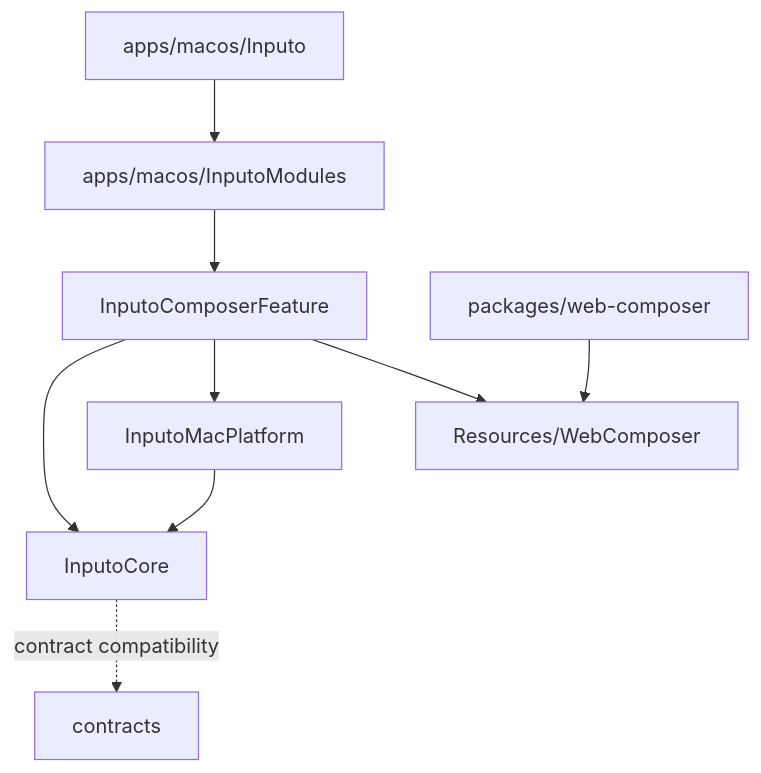
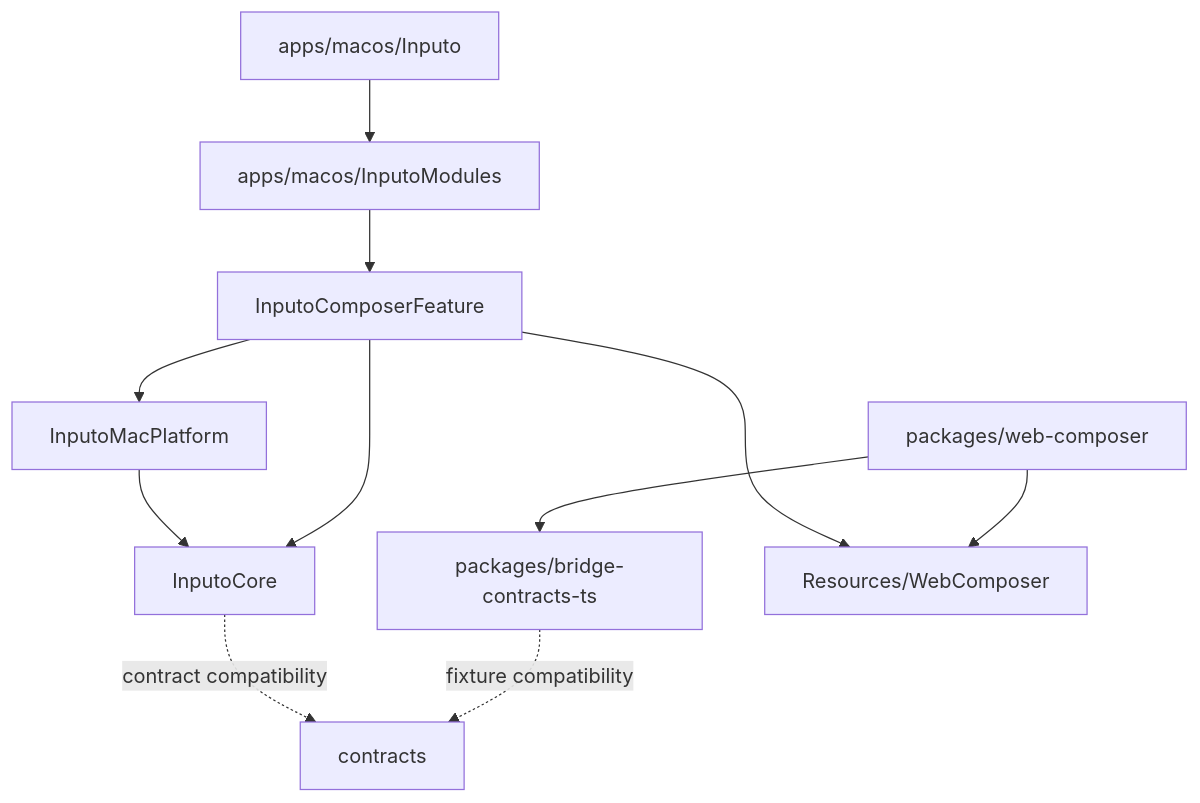
Before and after one commit to wnbotoo/Inputo: the diagram in docs/PROJECT_STRUCTURE.md, drawn with Mermaid. The commit also changed other lines of this file and 27 other files, not shown here.

````diff
--- a/docs/PROJECT_STRUCTURE.md
+++ b/docs/PROJECT_STRUCTURE.md
@@ -42,20 +42,23 @@
 ```mermaid
 flowchart TD
   macapp["apps/macos/Inputo"]
   modules["apps/macos/InputoModules"]
   feature["InputoComposerFeature"]
   core["InputoCore"]
   macplatform["InputoMacPlatform"]
   webpkg["packages/web-composer"]
+  bridgepkg["packages/bridge-contracts-ts"]
   assets["Resources/WebComposer"]
   contracts["contracts"]
 
   macapp --> modules
   modules --> feature
   feature --> core
   feature --> macplatform
   macplatform --> core
   webpkg --> assets
+  webpkg --> bridgepkg
+  bridgepkg -. fixture compatibility .-> contracts
   feature --> assets
   core -. contract compatibility .-> contracts
 ```
````
